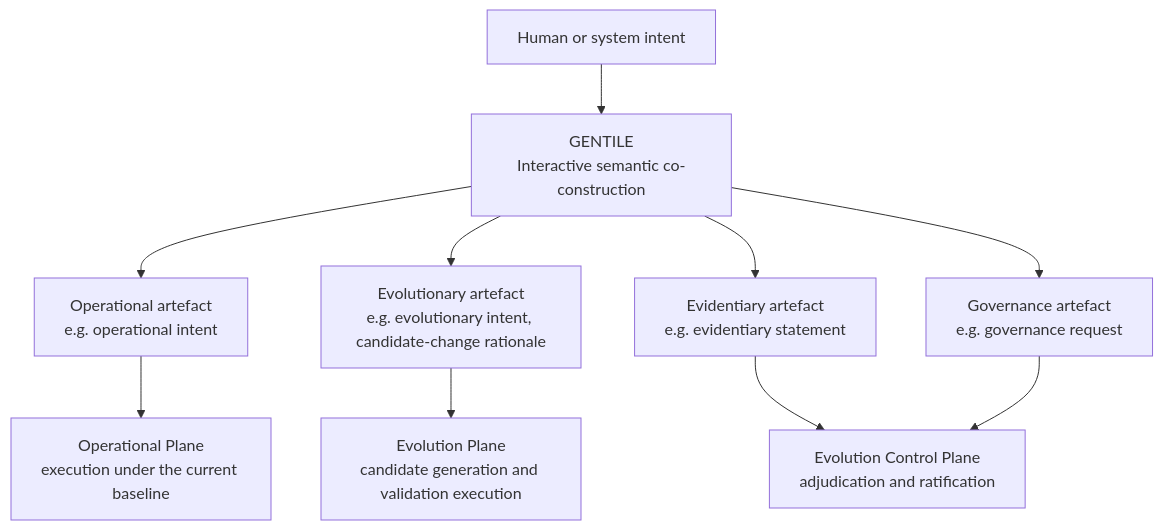
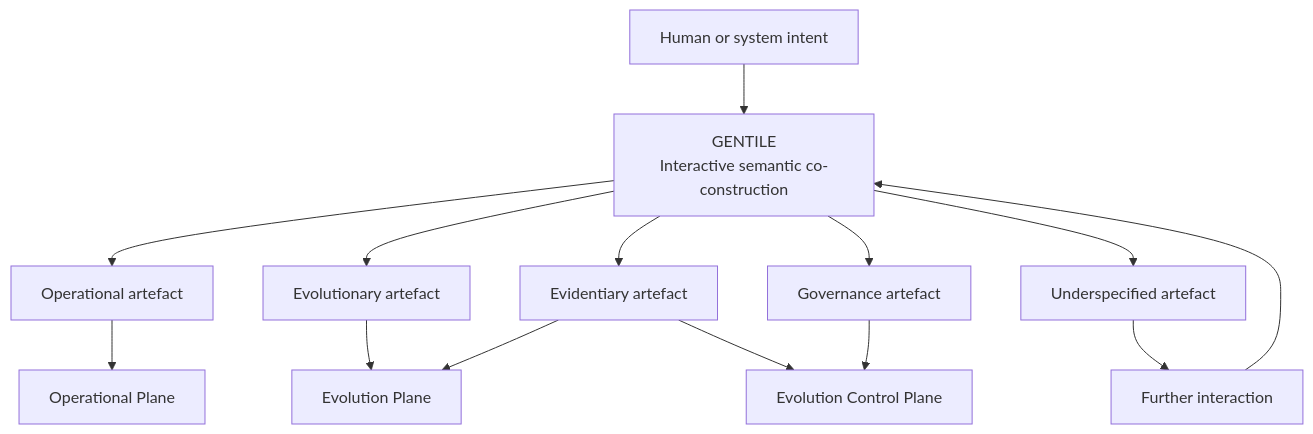
The third of 4 diagrams in architecture/06-GENTILE.md (AmedeoPelliccia/AGES), drawn with Mermaid before and after one commit. The commit also changed other lines of this file, not shown here.

````diff
--- a/architecture/06-GENTILE.md
+++ b/architecture/06-GENTILE.md
@@ -92,24 +392,31 @@
 ```mermaid
 flowchart TB
     INT["Human or system intent"]
     GEN["GENTILE<br/>Interactive semantic co-construction"]
 
-    OPA["Operational artefact<br/>e.g. operational intent"]
-    EVA["Evolutionary artefact<br/>e.g. evolutionary intent, candidate-change rationale"]
-    EDA["Evidentiary artefact<br/>e.g. evidentiary statement"]
-    GVA["Governance artefact<br/>e.g. governance request"]
+    OPA["Operational artefact"]
+    EVA["Evolutionary artefact"]
+    EDA["Evidentiary artefact"]
+    GVA["Governance artefact"]
+    UNS["Underspecified artefact"]
 
-    OP["Operational Plane<br/>execution under the current baseline"]
-    EP["Evolution Plane<br/>candidate generation and validation execution"]
-    CP["Evolution Control Plane<br/>adjudication and ratification"]
+    OP["Operational Plane"]
+    EP["Evolution Plane"]
+    CP["Evolution Control Plane"]
+    LOOP["Further interaction"]
 
     INT --> GEN
     GEN --> OPA
     GEN --> EVA
     GEN --> EDA
     GEN --> GVA
+    GEN --> UNS
+
     OPA --> OP
     EVA --> EP
+    EDA --> EP
     EDA --> CP
     GVA --> CP
+    UNS --> LOOP
+    LOOP --> GEN
 ```
````
